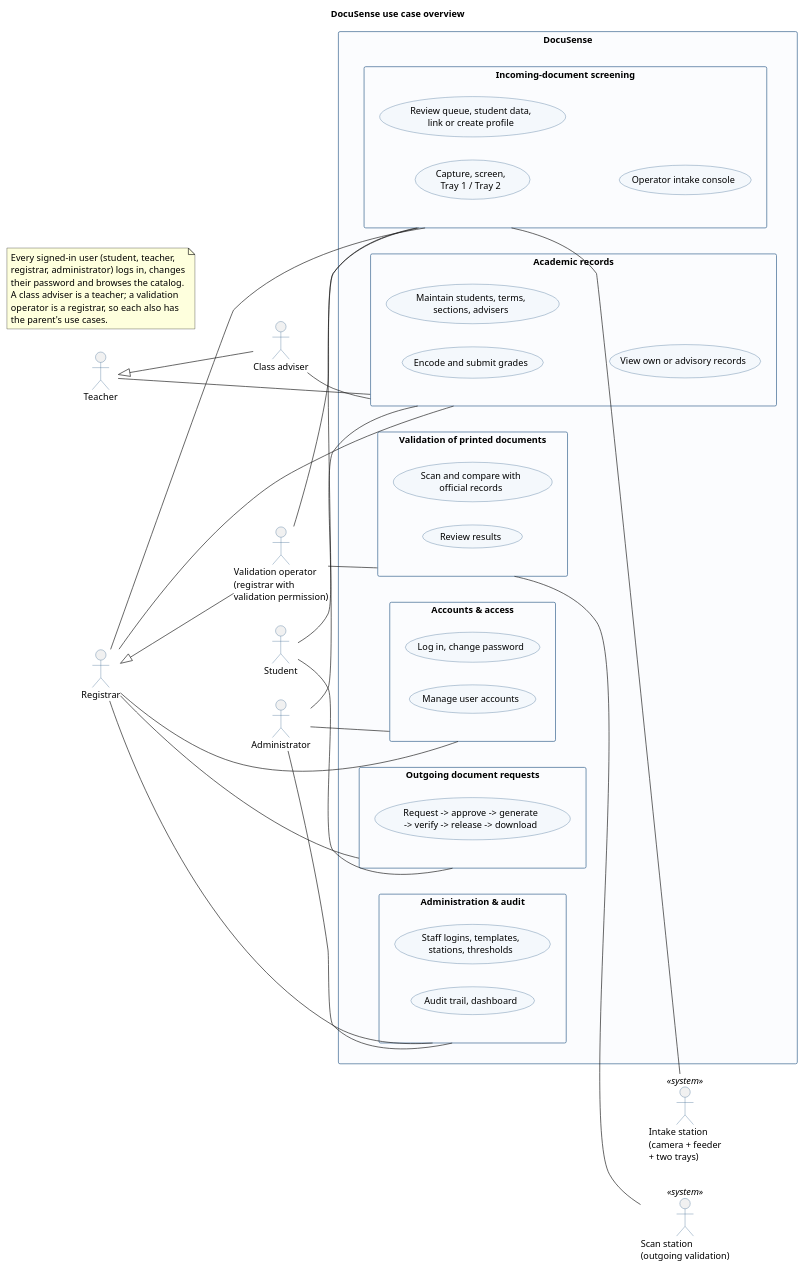
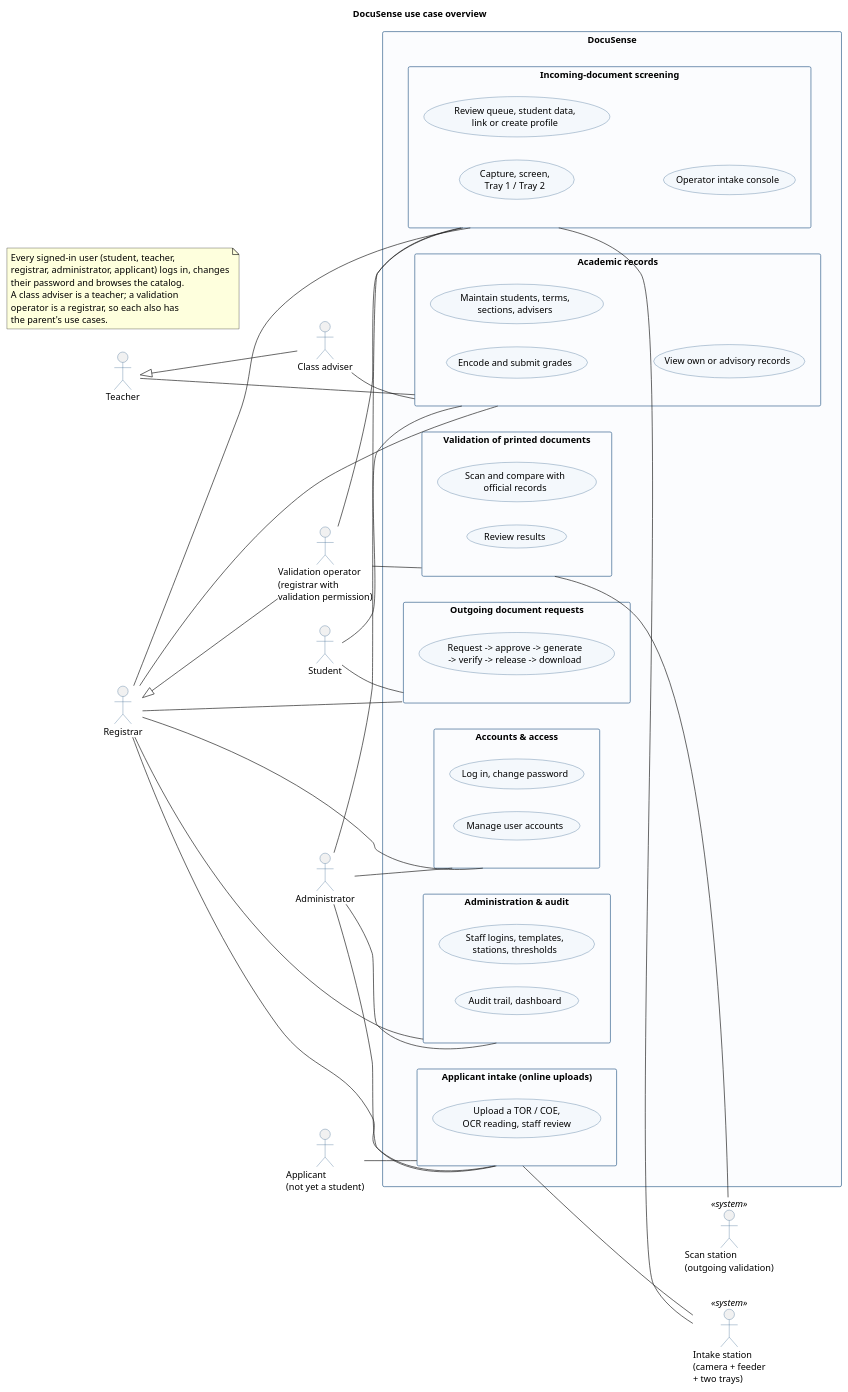
One commit to docusense67/DocuSense changed the diagram in docs/diagrams/use-cases.puml. Above: the diagram before and after it, drawn with PlantUML. The commit also changed 29 other files, not shown here.

First line of the commit message:
Applicant intake (phase 1 backend): online TOR/COE uploads from other schools

```diff
--- a/docs/diagrams/use-cases.puml
+++ b/docs/diagrams/use-cases.puml
@@ -1,89 +1,97 @@
 @startuml use-cases
 ' Use case overview: who works with which part of DocuSense (direct links only; specialised
 ' actors also inherit their parent's links). Each package has its own detail
 ' diagram (use-cases-<package alias>.puml) with the individual use cases and API routes.
 ' backend/tests/test_use_case_diagram.py checks that every actor-package link here matches the
 ' actor links in the detail diagram, and those against backend/tests/test_access_matrix.py.
 title DocuSense use case overview
 left to right direction
 skinparam defaultFontSize 14
 skinparam shadowing false
 skinparam packageStyle rectangle
 skinparam usecase {
   BackgroundColor #F4F8FC
   BorderColor #2F5D8A
 }
 skinparam actor {
   BorderColor #2F5D8A
 }
 skinparam package {
   BorderColor #2F5D8A
   BackgroundColor #FBFCFE
 }
 
 actor "Student" as Student
 actor "Teacher" as Teacher
 actor "Class adviser" as Adviser
 actor "Registrar" as Registrar
 actor "Validation operator\n(registrar with\nvalidation permission)" as Operator
 actor "Administrator" as Admin
 actor "Scan station\n(outgoing validation)" as ScanStation <<system>>
 actor "Intake station\n(camera + feeder\n+ two trays)" as IntakeStation <<system>>
+actor "Applicant\n(not yet a student)" as Applicant
 
 Adviser -up-|> Teacher
 Operator -up-|> Registrar
 
 rectangle "DocuSense" {
   package "Accounts & access" as accounts {
     usecase "Log in, change password" as O_A1
     usecase "Manage user accounts" as O_A2
   }
   package "Academic records" as records {
     usecase "Encode and submit grades" as O_R1
     usecase "Maintain students, terms,\nsections, advisers" as O_R2
     usecase "View own or advisory records" as O_R3
   }
   package "Outgoing document requests" as requests {
     usecase "Request -> approve -> generate\n-> verify -> release -> download" as O_C1
   }
   package "Validation of printed documents" as validation {
     usecase "Scan and compare with\nofficial records" as O_V1
     usecase "Review results" as O_V2
   }
   package "Incoming-document screening" as intake {
     usecase "Capture, screen,\nTray 1 / Tray 2" as O_I1
     usecase "Review queue, student data,\nlink or create profile" as O_I2
     usecase "Operator intake console" as O_I3
   }
+  package "Applicant intake (online uploads)" as applicant {
+    usecase "Upload a TOR / COE,\nOCR reading, staff review" as O_P1
+  }
   package "Administration & audit" as admin {
     usecase "Staff logins, templates,\nstations, thresholds" as O_D1
     usecase "Audit trail, dashboard" as O_D2
   }
 }
 
 Student -- records
 Student -- requests
 Teacher -- records
 Adviser -- records
 Registrar -- accounts
 Registrar -- records
 Registrar -- requests
 Registrar -- intake
 Registrar -- admin
 Operator -- validation
 Operator -- intake
 Admin -- accounts
 Admin -- intake
 Admin -- admin
 validation -- ScanStation
 intake -- IntakeStation
+Applicant -- applicant
+Registrar -- applicant
+Admin -- applicant
+applicant -- IntakeStation
 
 note as N1
   Every signed-in user (student, teacher,
-  registrar, administrator) logs in, changes
+  registrar, administrator, applicant) logs in, changes
   their password and browses the catalog.
   A class adviser is a teacher; a validation
   operator is a registrar, so each also has
   the parent's use cases.
 end note
 @enduml
```
